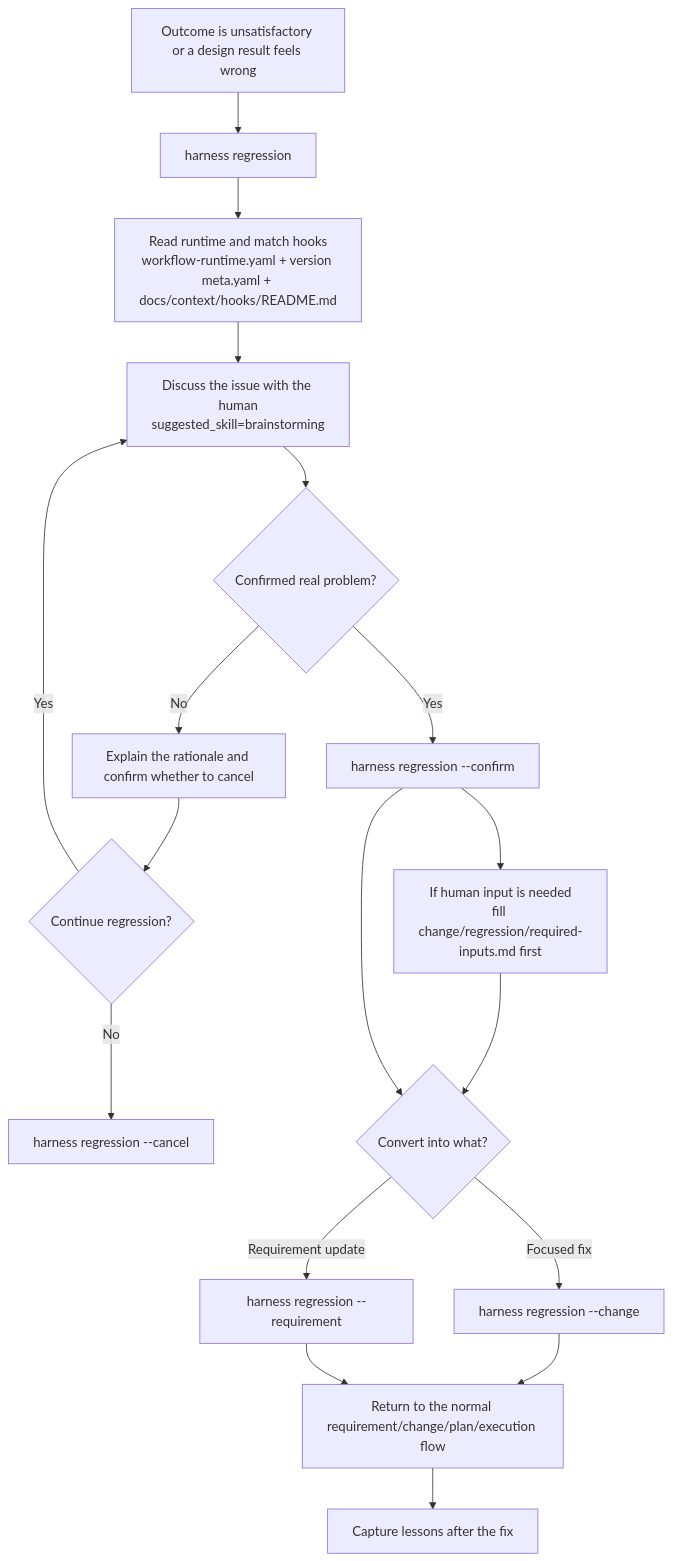
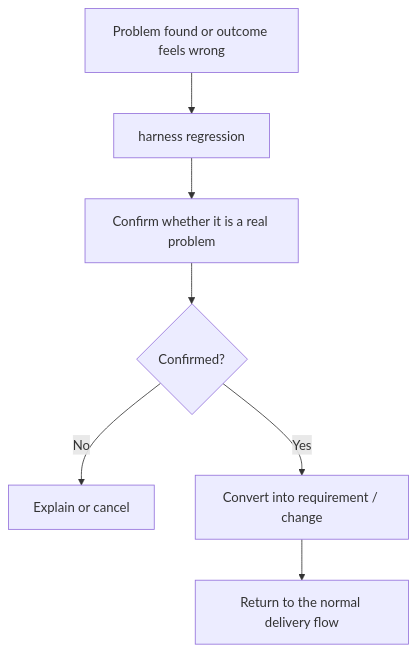
Before and after one commit to togally/harness-workflow: the fourth of 4 diagrams in README.md, drawn with Mermaid. The commit also changed other lines of this file and 4 other files, not shown here.

````diff
--- a/README.md
+++ b/README.md
@@ -667,20 +479,9 @@
 ```mermaid
 flowchart TD
-    A["Outcome is unsatisfactory or a design result feels wrong"] --> B["harness regression <issue>"]
-    B --> C["Read runtime and match hooks<br/>workflow-runtime.yaml + version meta.yaml + docs/context/hooks/README.md"]
-    C --> D["Discuss the issue with the human<br/>suggested_skill=brainstorming"]
-    D --> E{"Confirmed real problem?"}
-    E -->|No| F["Explain the rationale and confirm whether to cancel"]
-    F --> G{"Continue regression?"}
-    G -->|No| H["harness regression --cancel"]
-    G -->|Yes| D
-    E -->|Yes| I["harness regression --confirm"]
-    I --> I2["If human input is needed<br/>fill change/regression/required-inputs.md first"]
-    I2 --> J
-    I --> J{"Convert into what?"}
-    J -->|Focused fix| K["harness regression --change"]
-    J -->|Requirement update| L["harness regression --requirement"]
-    K --> M["Return to the normal requirement/change/plan/execution flow"]
-    L --> M
-    M --> N["Capture lessons after the fix"]
+    A["Problem found or outcome feels wrong"] --> B["harness regression"]
+    B --> C["Confirm whether it is a real problem"]
+    C --> D{"Confirmed?"}
+    D -->|No| E["Explain or cancel"]
+    D -->|Yes| F["Convert into requirement / change"]
+    F --> G["Return to the normal delivery flow"]
 ```
````
